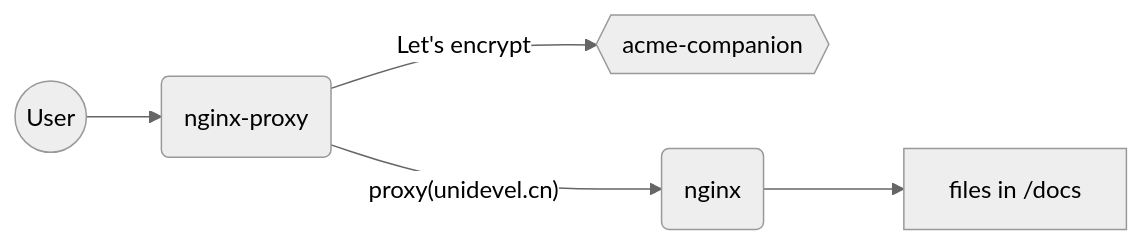
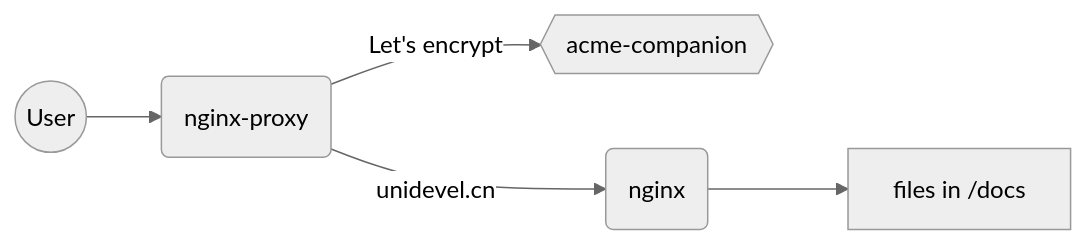
One commit to unidevel/mysite changed the first of 2 diagrams in docs/README.md. Above: the diagram before and after it, drawn with Mermaid (neutral theme). The commit also changed other lines of this file, not shown here.

Commit message:
fix mermaid error in README.md on github

````diff
--- a/docs/README.md
+++ b/docs/README.md
@@ -5,7 +5,7 @@
 ```mermaid
 graph LR
     user(( User )) --> proxy
     proxy(nginx-proxy) -- Let's encrypt --> acme{{acme-companion}}
-    proxy -- proxy(unidevel.cn) --> nginx-docs(nginx)
+    proxy -- unidevel.cn --> nginx-docs(nginx)
     nginx-docs --> docs[ files in /docs ]
 ```
````
